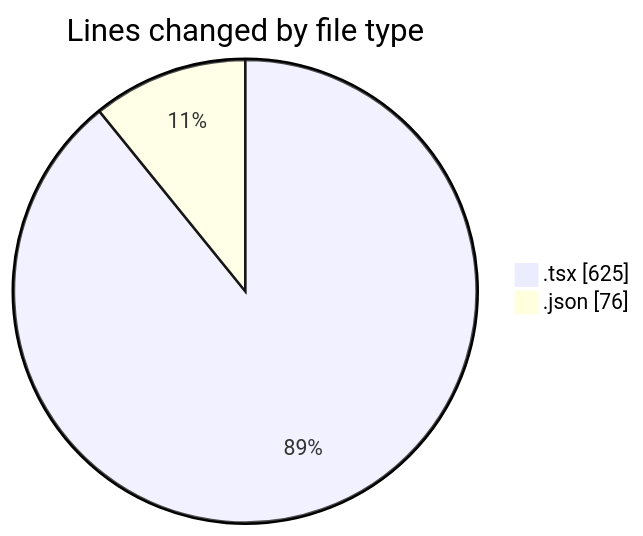
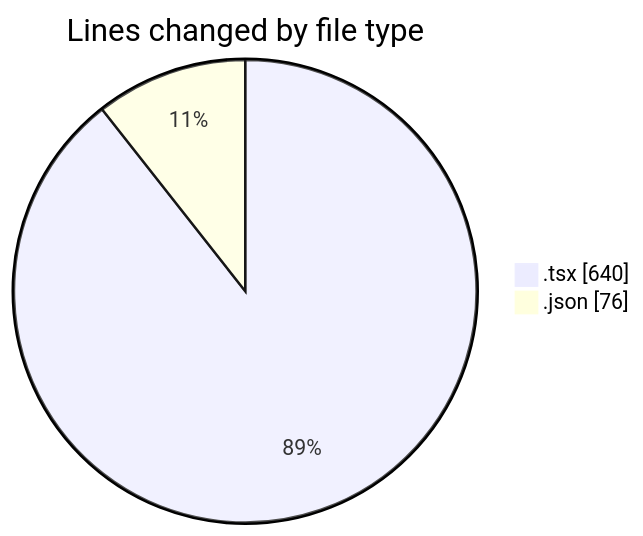
The first of 2 diagrams in 2026-01-30/nxtqube_webapp/README.md (nxtqubesakshisongat/code-tracking), drawn with Mermaid before and after one commit. The commit also changed other lines of this file and 1 other file, not shown here.

````diff
--- a/2026-01-30/nxtqube_webapp/README.md
+++ b/2026-01-30/nxtqube_webapp/README.md
@@ -23,6 +23,6 @@
 ```mermaid
 pie showData
 title Lines changed by file type
-".tsx" : 625
+".tsx" : 640
 ".json" : 76
 ```
````
